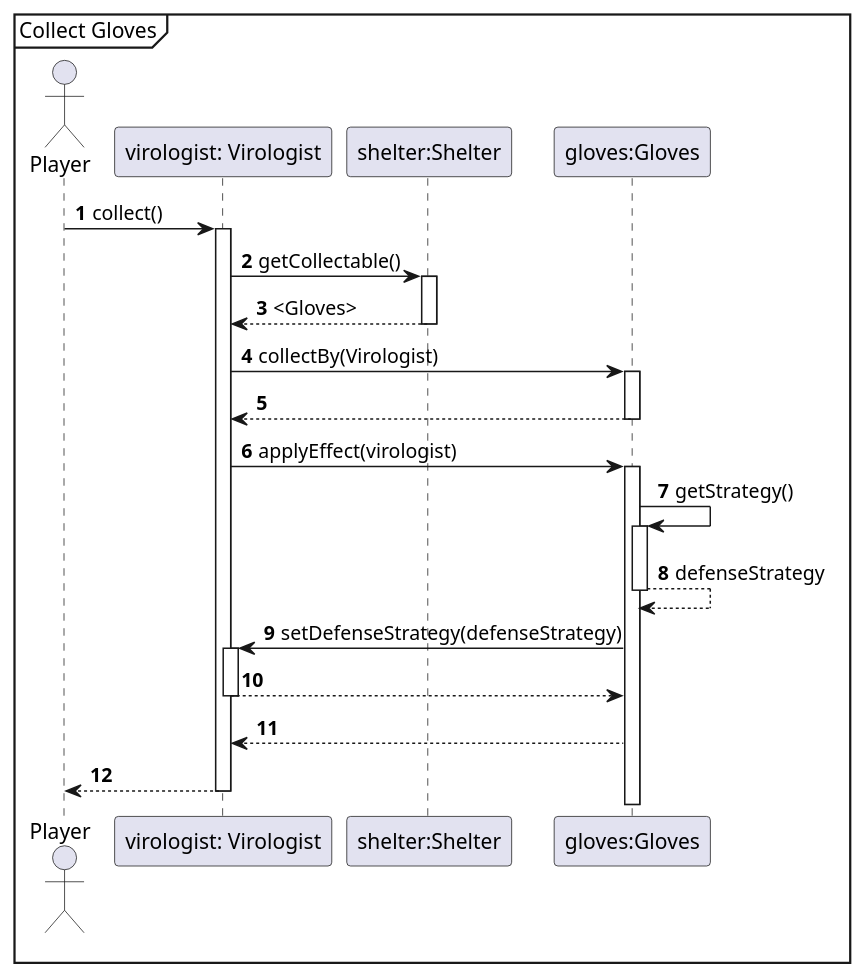
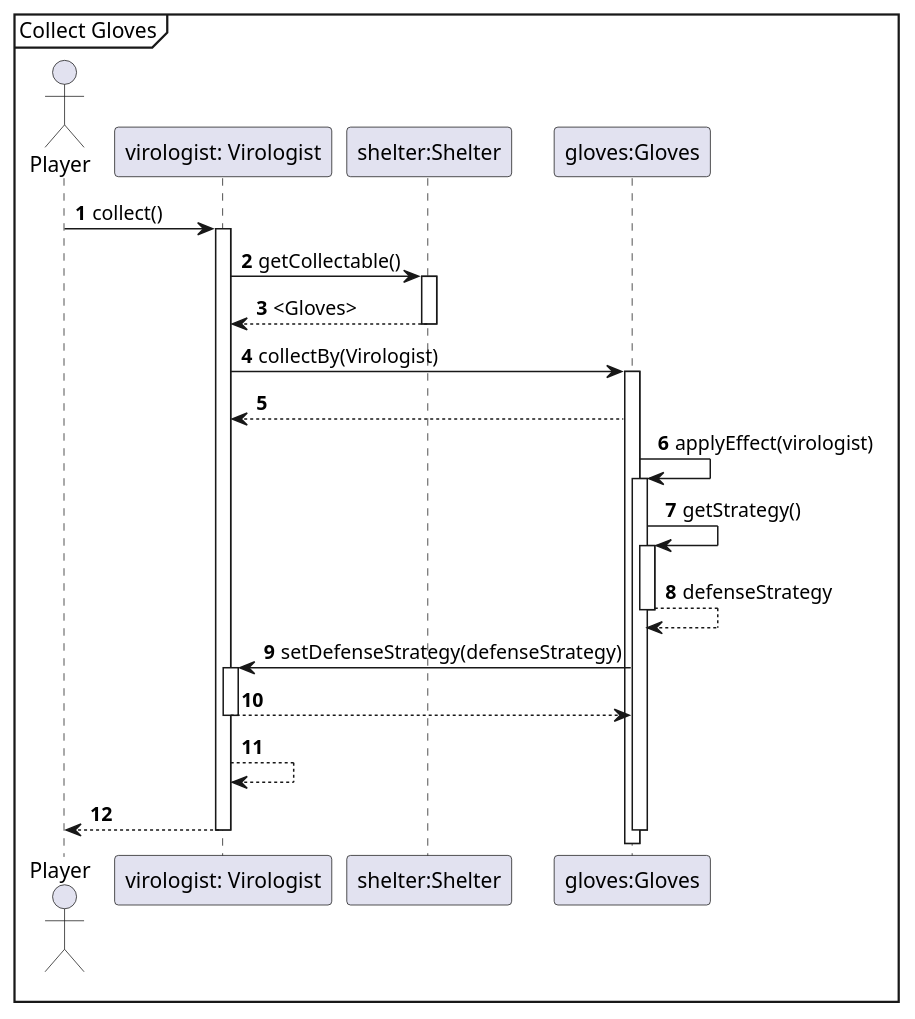
One commit to Projlab-csb/projlab-virologus changed the diagram in Exact Sequence-diagrams/CollectGloves.puml. Above: the diagram before and after it, drawn with PlantUML.

Commit message:
Little changes in sequences

```diff
--- a/Exact Sequence-diagrams/CollectGloves.puml
+++ b/Exact Sequence-diagrams/CollectGloves.puml
@@ -1,37 +1,41 @@
 @startuml
 'https://plantuml.com/sequence-diagram
 
 autonumber
 
 mainframe Collect Gloves
 
 actor Player
 
 Player -> "virologist: Virologist": collect()
 Activate "virologist: Virologist"
 
 "virologist: Virologist" -> "shelter:Shelter": getCollectable()
 Activate "shelter:Shelter"
 "shelter:Shelter" --> "virologist: Virologist": <Gloves>
 Deactivate "shelter:Shelter"
 
 "virologist: Virologist" -> "gloves:Gloves": collectBy(Virologist)
 
 Activate "gloves:Gloves"
 "gloves:Gloves" --> "virologist: Virologist":
-Deactivate "gloves:Gloves"
 
-"virologist: Virologist" -> "gloves:Gloves"++ : applyEffect(virologist)
+
+"gloves:Gloves" -> "gloves:Gloves"++ : applyEffect(virologist)
 
  "gloves:Gloves" -> "gloves:Gloves"++ : getStrategy()
  "gloves:Gloves" --> "gloves:Gloves"-- : defenseStrategy
 
  "gloves:Gloves" -> "virologist: Virologist"++: setDefenseStrategy(defenseStrategy)
 "virologist: Virologist" --> "gloves:Gloves"--
 
- "gloves:Gloves" --> "virologist: Virologist"
+"virologist: Virologist" --> "virologist: Virologist"
 
 "virologist: Virologist" --> Player
+
+Deactivate "gloves:Gloves"
+
+
 Deactivate "virologist: Virologist"
 
 @enduml
```
